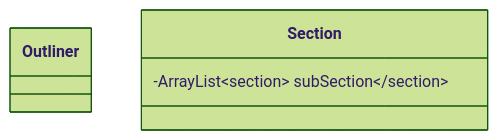
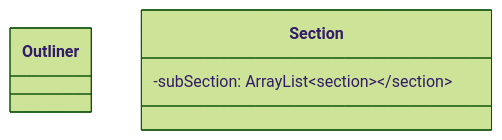
One commit to itsjihunpark/Microsoft-Word-Outliner-Clone changed the diagram in docs/UMLTemplate.md. Above: the diagram before and after it, drawn with Mermaid (forest theme).

Commit message:
Update file UMLTemplate.md

````diff
--- a/docs/UMLTemplate.md
+++ b/docs/UMLTemplate.md
@@ -24,11 +24,11 @@
 ```mermaid
 classDiagram
   
     class Outliner{
       
     }
     class Section{
-      -ArrayList<Section> subSection
+      -subSection: ArrayList<Section>
     }
 
 ```
````
